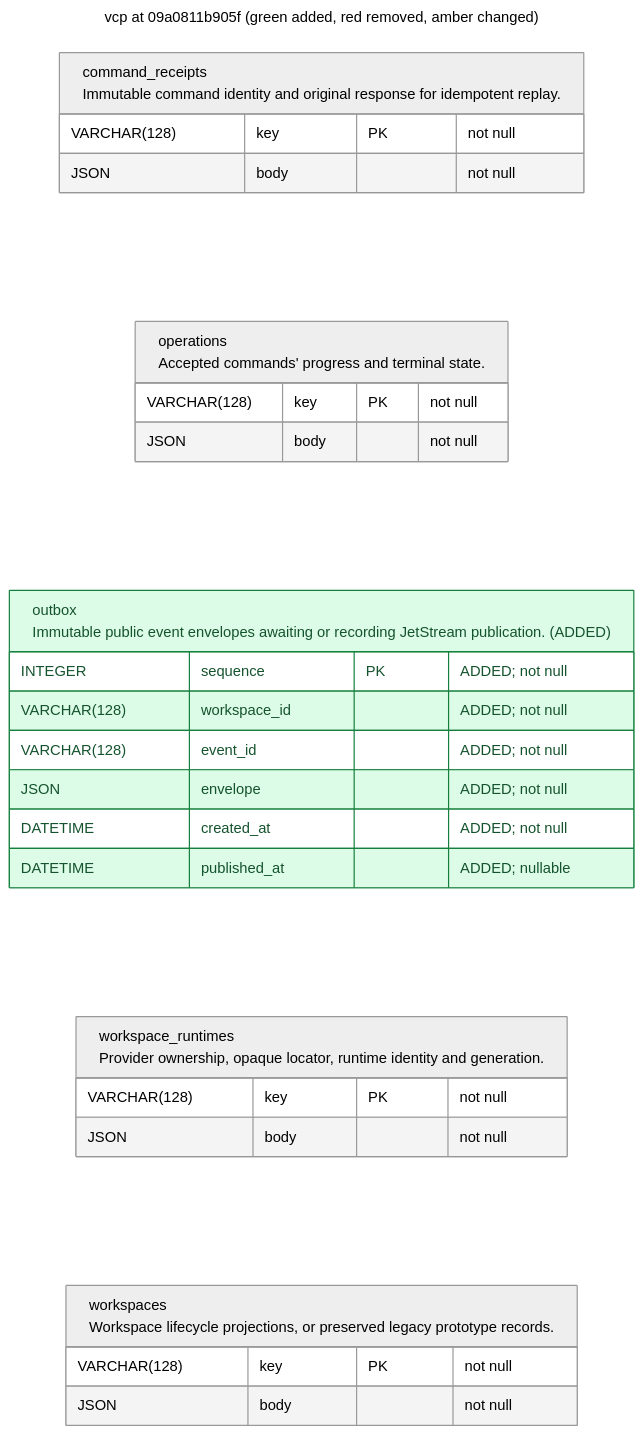
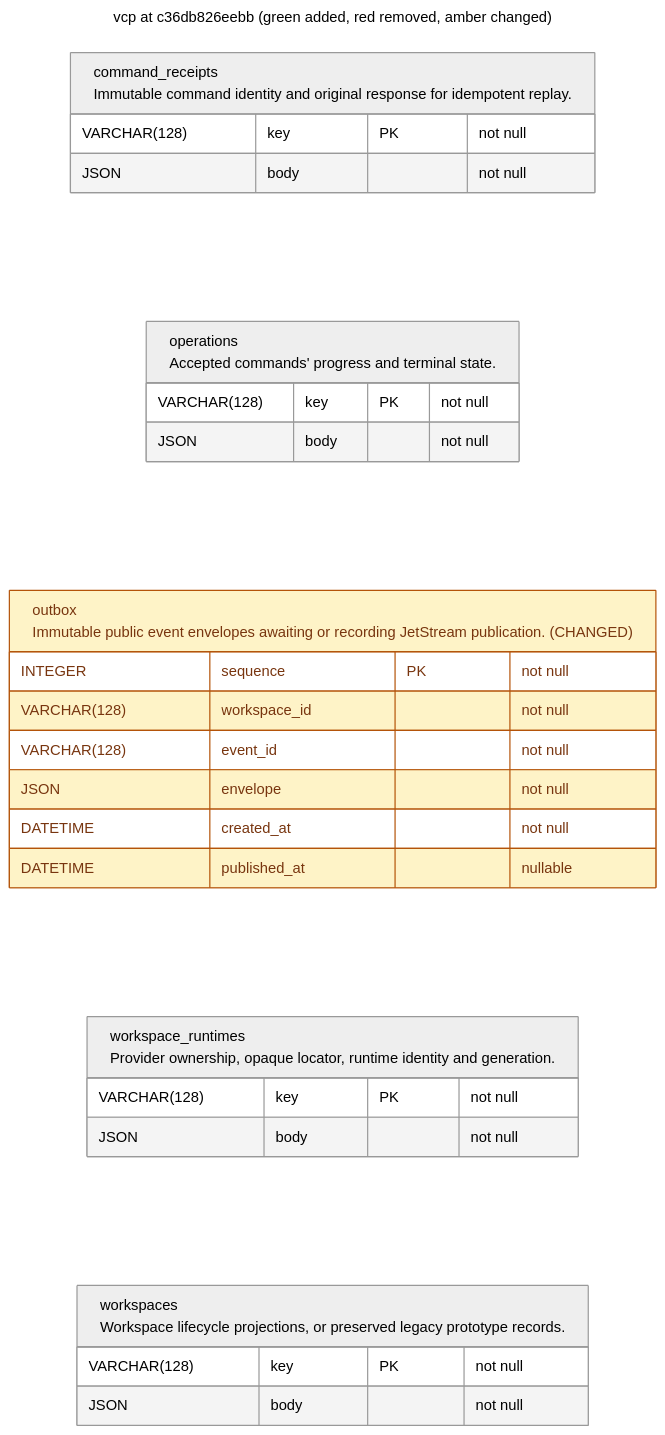
One commit to OpenEngine/OpenEngine changed the diagram in v2/docs/schema/latest_vcp.mermaid. Above: the diagram before and after it, drawn with Mermaid. The commit also changed 7 other files, not shown here.

Commit message:
fix(v2-vcp): seek past blocked outbox backlogs

```diff
--- a/v2/docs/schema/latest_vcp.mermaid
+++ b/v2/docs/schema/latest_vcp.mermaid
@@ -1,38 +1,38 @@
 ---
-title: vcp at 09a0811b905f (green added, red removed, amber changed)
+title: vcp at c36db826eebb (green added, red removed, amber changed)
 config:
   theme: neutral
 ---
 erDiagram
     direction LR
     %% REMOVED tables/columns are tombstones, absent from this revision's schema.
     %% Column changes include type, nullability, default and key membership.
     %% Table changes also include indexes and constraints.
     classDef added fill:#dcfce7,stroke:#15803d,color:#14532d
     classDef removed fill:#fee2e2,stroke:#b91c1c,color:#7f1d1d
     classDef changed fill:#fef3c7,stroke:#b45309,color:#78350f
     command_receipts["command_receipts<br/>Immutable command identity and original response for idempotent replay."] {
         VARCHAR(128) key PK "not null"
         JSON body "not null"
     }
     operations["operations<br/>Accepted commands' progress and terminal state."] {
         VARCHAR(128) key PK "not null"
         JSON body "not null"
     }
-    outbox["outbox<br/>Immutable public event envelopes awaiting or recording JetStream publication. (ADDED)"] {
-        INTEGER sequence PK "ADDED; not null"
-        VARCHAR(128) workspace_id "ADDED; not null"
-        VARCHAR(128) event_id "ADDED; not null"
-        JSON envelope "ADDED; not null"
-        DATETIME created_at "ADDED; not null"
-        DATETIME published_at "ADDED; nullable"
+    outbox["outbox<br/>Immutable public event envelopes awaiting or recording JetStream publication. (CHANGED)"] {
+        INTEGER sequence PK "not null"
+        VARCHAR(128) workspace_id "not null"
+        VARCHAR(128) event_id "not null"
+        JSON envelope "not null"
+        DATETIME created_at "not null"
+        DATETIME published_at "nullable"
     }
-    class outbox added
+    class outbox changed
     workspace_runtimes["workspace_runtimes<br/>Provider ownership, opaque locator, runtime identity and generation."] {
         VARCHAR(128) key PK "not null"
         JSON body "not null"
     }
     workspaces["workspaces<br/>Workspace lifecycle projections, or preserved legacy prototype records."] {
         VARCHAR(128) key PK "not null"
         JSON body "not null"
     }
```
